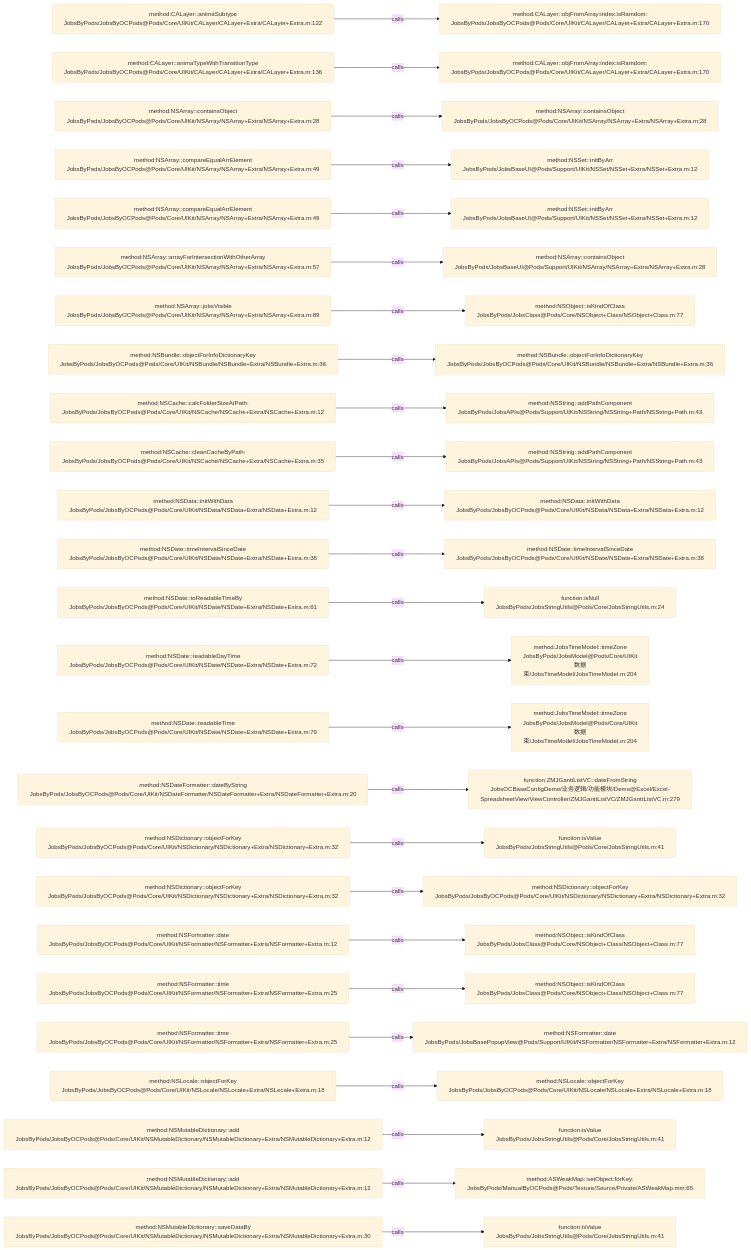
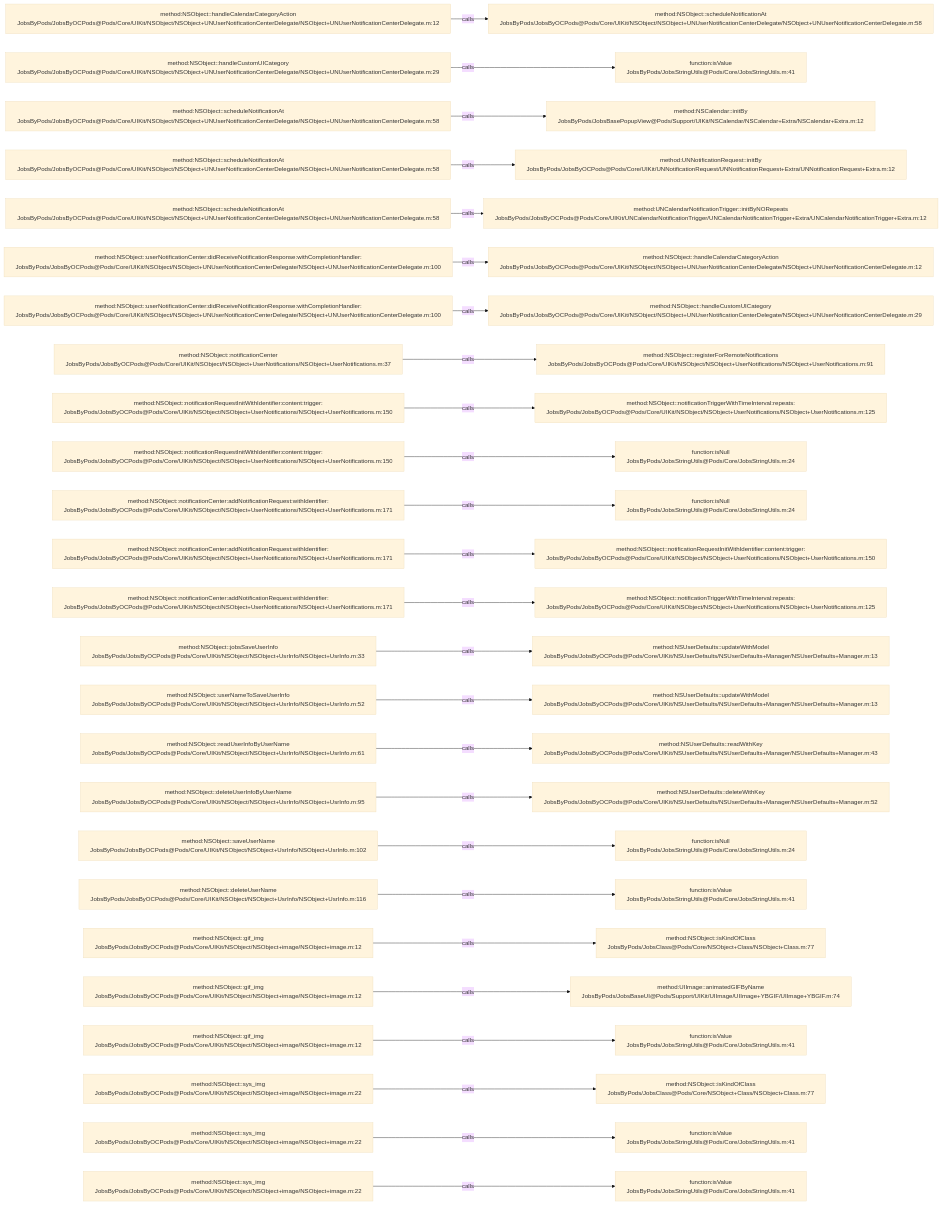
The diagram in .codegraph/codegraph.md/graphs/calls-052.md (JobsKits/JobsOCBaseConfigDemo), drawn with Mermaid (base theme) before and after one commit. The commit also changed 639 other files, not shown here.

````diff
--- a/.codegraph/codegraph.md/graphs/calls-052.md
+++ b/.codegraph/codegraph.md/graphs/calls-052.md
@@ -13,78 +13,78 @@
 ```mermaid
 flowchart LR
-  S1["method:CALayer::animaSubtype<br/>JobsByPods/JobsByOCPods@Pods/Core/UIKit/CALayer/CALayer+Extra/CALayer+Extra.m:122"]
-  T1["method:CALayer::objFromArray:index:isRamdom:<br/>JobsByPods/JobsByOCPods@Pods/Core/UIKit/CALayer/CALayer+Extra/CALayer+Extra.m:170"]
+  S1["method:NSObject::handleCalendarCategoryAction<br/>JobsByPods/JobsByOCPods@Pods/Core/UIKit/NSObject/NSObject+UNUserNotificationCenterDelegate/NSObject+UNUserNotificationCenterDelegate.m:12"]
+  T1["method:NSObject::scheduleNotificationAt<br/>JobsByPods/JobsByOCPods@Pods/Core/UIKit/NSObject/NSObject+UNUserNotificationCenterDelegate/NSObject+UNUserNotificationCenterDelegate.m:58"]
   S1 -->|calls| T1
-  S2["method:CALayer::animaTypeWithTransitionType<br/>JobsByPods/JobsByOCPods@Pods/Core/UIKit/CALayer/CALayer+Extra/CALayer+Extra.m:136"]
-  T2["method:CALayer::objFromArray:index:isRamdom:<br/>JobsByPods/JobsByOCPods@Pods/Core/UIKit/CALayer/CALayer+Extra/CALayer+Extra.m:170"]
+  S2["method:NSObject::handleCustomUICategory<br/>JobsByPods/JobsByOCPods@Pods/Core/UIKit/NSObject/NSObject+UNUserNotificationCenterDelegate/NSObject+UNUserNotificationCenterDelegate.m:29"]
+  T2["function:isValue<br/>JobsByPods/JobsStringUtils@Pods/Core/JobsStringUtils.m:41"]
   S2 -->|calls| T2
-  S3["method:NSArray::containsObject<br/>JobsByPods/JobsByOCPods@Pods/Core/UIKit/NSArray/NSArray+Extra/NSArray+Extra.m:28"]
-  T3["method:NSArray::containsObject<br/>JobsByPods/JobsByOCPods@Pods/Core/UIKit/NSArray/NSArray+Extra/NSArray+Extra.m:28"]
+  S3["method:NSObject::scheduleNotificationAt<br/>JobsByPods/JobsByOCPods@Pods/Core/UIKit/NSObject/NSObject+UNUserNotificationCenterDelegate/NSObject+UNUserNotificationCenterDelegate.m:58"]
+  T3["method:NSCalendar::initBy<br/>JobsByPods/JobsBasePopupView@Pods/Support/UIKit/NSCalendar/NSCalendar+Extra/NSCalendar+Extra.m:12"]
   S3 -->|calls| T3
-  S4["method:NSArray::compareEqualArrElement<br/>JobsByPods/JobsByOCPods@Pods/Core/UIKit/NSArray/NSArray+Extra/NSArray+Extra.m:49"]
-  T4["method:NSSet::initByArr<br/>JobsByPods/JobsBaseUI@Pods/Support/UIKit/NSSet/NSSet+Extra/NSSet+Extra.m:12"]
+  S4["method:NSObject::scheduleNotificationAt<br/>JobsByPods/JobsByOCPods@Pods/Core/UIKit/NSObject/NSObject+UNUserNotificationCenterDelegate/NSObject+UNUserNotificationCenterDelegate.m:58"]
+  T4["method:UNNotificationRequest::initBy<br/>JobsByPods/JobsByOCPods@Pods/Core/UIKit/UNNotificationRequest/UNNotificationRequest+Extra/UNNotificationRequest+Extra.m:12"]
   S4 -->|calls| T4
-  S5["method:NSArray::compareEqualArrElement<br/>JobsByPods/JobsByOCPods@Pods/Core/UIKit/NSArray/NSArray+Extra/NSArray+Extra.m:49"]
-  T5["method:NSSet::initByArr<br/>JobsByPods/JobsBaseUI@Pods/Support/UIKit/NSSet/NSSet+Extra/NSSet+Extra.m:12"]
+  S5["method:NSObject::scheduleNotificationAt<br/>JobsByPods/JobsByOCPods@Pods/Core/UIKit/NSObject/NSObject+UNUserNotificationCenterDelegate/NSObject+UNUserNotificationCenterDelegate.m:58"]
+  T5["method:UNCalendarNotificationTrigger::initByNORepeats<br/>JobsByPods/JobsByOCPods@Pods/Core/UIKit/UNCalendarNotificationTrigger/UNCalendarNotificationTrigger+Extra/UNCalendarNotificationTrigger+Extra.m:12"]
   S5 -->|calls| T5
-  S6["method:NSArray::arrayForIntersectionWithOtherArray<br/>JobsByPods/JobsByOCPods@Pods/Core/UIKit/NSArray/NSArray+Extra/NSArray+Extra.m:57"]
-  T6["method:NSArray::containsObject<br/>JobsByPods/JobsBaseUI@Pods/Support/UIKit/NSArray/NSArray+Extra/NSArray+Extra.m:28"]
+  S6["method:NSObject::userNotificationCenter:didReceiveNotificationResponse:withCompletionHandler:<br/>JobsByPods/JobsByOCPods@Pods/Core/UIKit/NSObject/NSObject+UNUserNotificationCenterDelegate/NSObject+UNUserNotificationCenterDelegate.m:100"]
+  T6["method:NSObject::handleCalendarCategoryAction<br/>JobsByPods/JobsByOCPods@Pods/Core/UIKit/NSObject/NSObject+UNUserNotificationCenterDelegate/NSObject+UNUserNotificationCenterDelegate.m:12"]
   S6 -->|calls| T6
-  S7["method:NSArray::jobsVisible<br/>JobsByPods/JobsByOCPods@Pods/Core/UIKit/NSArray/NSArray+Extra/NSArray+Extra.m:89"]
-  T7["method:NSObject::isKindOfClass<br/>JobsByPods/JobsClass@Pods/Core/NSObject+Class/NSObject+Class.m:77"]
+  S7["method:NSObject::userNotificationCenter:didReceiveNotificationResponse:withCompletionHandler:<br/>JobsByPods/JobsByOCPods@Pods/Core/UIKit/NSObject/NSObject+UNUserNotificationCenterDelegate/NSObject+UNUserNotificationCenterDelegate.m:100"]
+  T7["method:NSObject::handleCustomUICategory<br/>JobsByPods/JobsByOCPods@Pods/Core/UIKit/NSObject/NSObject+UNUserNotificationCenterDelegate/NSObject+UNUserNotificationCenterDelegate.m:29"]
   S7 -->|calls| T7
-  S8["method:NSBundle::objectForInfoDictionaryKey<br/>JobsByPods/JobsByOCPods@Pods/Core/UIKit/NSBundle/NSBundle+Extra/NSBundle+Extra.m:36"]
-  T8["method:NSBundle::objectForInfoDictionaryKey<br/>JobsByPods/JobsByOCPods@Pods/Core/UIKit/NSBundle/NSBundle+Extra/NSBundle+Extra.m:36"]
+  S8["method:NSObject::notificationCenter<br/>JobsByPods/JobsByOCPods@Pods/Core/UIKit/NSObject/NSObject+UserNotifications/NSObject+UserNotifications.m:37"]
+  T8["method:NSObject::registerForRemoteNotifications<br/>JobsByPods/JobsByOCPods@Pods/Core/UIKit/NSObject/NSObject+UserNotifications/NSObject+UserNotifications.m:91"]
   S8 -->|calls| T8
-  S9["method:NSCache::calcFolderSizeAtPath:<br/>JobsByPods/JobsByOCPods@Pods/Core/UIKit/NSCache/NSCache+Extra/NSCache+Extra.m:12"]
-  T9["method:NSString::addPathComponent<br/>JobsByPods/JobsAPIs@Pods/Support/UIKit/NSString/NSString+Path/NSString+Path.m:43"]
+  S9["method:NSObject::notificationRequestInitWithIdentifier:content:trigger:<br/>JobsByPods/JobsByOCPods@Pods/Core/UIKit/NSObject/NSObject+UserNotifications/NSObject+UserNotifications.m:150"]
+  T9["method:NSObject::notificationTriggerWithTimeInterval:repeats:<br/>JobsByPods/JobsByOCPods@Pods/Core/UIKit/NSObject/NSObject+UserNotifications/NSObject+UserNotifications.m:125"]
   S9 -->|calls| T9
-  S10["method:NSCache::cleanCacheByPath:<br/>JobsByPods/JobsByOCPods@Pods/Core/UIKit/NSCache/NSCache+Extra/NSCache+Extra.m:35"]
-  T10["method:NSString::addPathComponent<br/>JobsByPods/JobsAPIs@Pods/Support/UIKit/NSString/NSString+Path/NSString+Path.m:43"]
+  S10["method:NSObject::notificationRequestInitWithIdentifier:content:trigger:<br/>JobsByPods/JobsByOCPods@Pods/Core/UIKit/NSObject/NSObject+UserNotifications/NSObject+UserNotifications.m:150"]
+  T10["function:isNull<br/>JobsByPods/JobsStringUtils@Pods/Core/JobsStringUtils.m:24"]
   S10 -->|calls| T10
-  S11["method:NSData::initWithData<br/>JobsByPods/JobsByOCPods@Pods/Core/UIKit/NSData/NSData+Extra/NSData+Extra.m:12"]
-  T11["method:NSData::initWithData<br/>JobsByPods/JobsByOCPods@Pods/Core/UIKit/NSData/NSData+Extra/NSData+Extra.m:12"]
+  S11["method:NSObject::notificationCenter:addNotificationRequest:withIdentifier:<br/>JobsByPods/JobsByOCPods@Pods/Core/UIKit/NSObject/NSObject+UserNotifications/NSObject+UserNotifications.m:171"]
+  T11["function:isNull<br/>JobsByPods/JobsStringUtils@Pods/Core/JobsStringUtils.m:24"]
   S11 -->|calls| T11
-  S12["method:NSDate::timeIntervalSinceDate<br/>JobsByPods/JobsByOCPods@Pods/Core/UIKit/NSDate/NSDate+Extra/NSDate+Extra.m:38"]
-  T12["method:NSDate::timeIntervalSinceDate<br/>JobsByPods/JobsByOCPods@Pods/Core/UIKit/NSDate/NSDate+Extra/NSDate+Extra.m:38"]
+  S12["method:NSObject::notificationCenter:addNotificationRequest:withIdentifier:<br/>JobsByPods/JobsByOCPods@Pods/Core/UIKit/NSObject/NSObject+UserNotifications/NSObject+UserNotifications.m:171"]
+  T12["method:NSObject::notificationRequestInitWithIdentifier:content:trigger:<br/>JobsByPods/JobsByOCPods@Pods/Core/UIKit/NSObject/NSObject+UserNotifications/NSObject+UserNotifications.m:150"]
   S12 -->|calls| T12
-  S13["method:NSDate::toReadableTimeBy<br/>JobsByPods/JobsByOCPods@Pods/Core/UIKit/NSDate/NSDate+Extra/NSDate+Extra.m:61"]
-  T13["function:isNull<br/>JobsByPods/JobsStringUtils@Pods/Core/JobsStringUtils.m:24"]
+  S13["method:NSObject::notificationCenter:addNotificationRequest:withIdentifier:<br/>JobsByPods/JobsByOCPods@Pods/Core/UIKit/NSObject/NSObject+UserNotifications/NSObject+UserNotifications.m:171"]
+  T13["method:NSObject::notificationTriggerWithTimeInterval:repeats:<br/>JobsByPods/JobsByOCPods@Pods/Core/UIKit/NSObject/NSObject+UserNotifications/NSObject+UserNotifications.m:125"]
   S13 -->|calls| T13
-  S14["method:NSDate::readableDayTime<br/>JobsByPods/JobsByOCPods@Pods/Core/UIKit/NSDate/NSDate+Extra/NSDate+Extra.m:72"]
-  T14["method:JobsTimeModel::timeZone<br/>JobsByPods/JobsModel@Pods/Core/UIKit数据束/JobsTimeModel/JobsTimeModel.m:204"]
+  S14["method:NSObject::jobsSaveUserInfo<br/>JobsByPods/JobsByOCPods@Pods/Core/UIKit/NSObject/NSObject+UsrInfo/NSObject+UsrInfo.m:33"]
+  T14["method:NSUserDefaults::updateWithModel<br/>JobsByPods/JobsByOCPods@Pods/Core/UIKit/NSUserDefaults/NSUserDefaults+Manager/NSUserDefaults+Manager.m:13"]
   S14 -->|calls| T14
-  S15["method:NSDate::readableTime<br/>JobsByPods/JobsByOCPods@Pods/Core/UIKit/NSDate/NSDate+Extra/NSDate+Extra.m:79"]
-  T15["method:JobsTimeModel::timeZone<br/>JobsByPods/JobsModel@Pods/Core/UIKit数据束/JobsTimeModel/JobsTimeModel.m:204"]
+  S15["method:NSObject::userNameToSaveUserInfo<br/>JobsByPods/JobsByOCPods@Pods/Core/UIKit/NSObject/NSObject+UsrInfo/NSObject+UsrInfo.m:52"]
+  T15["method:NSUserDefaults::updateWithModel<br/>JobsByPods/JobsByOCPods@Pods/Core/UIKit/NSUserDefaults/NSUserDefaults+Manager/NSUserDefaults+Manager.m:13"]
   S15 -->|calls| T15
-  S16["method:NSDateFormatter::dateByString<br/>JobsByPods/JobsByOCPods@Pods/Core/UIKit/NSDateFormatter/NSDateFormatter+Extra/NSDateFormatter+Extra.m:20"]
-  T16["function:ZMJGanttListVC::dateFromString<br/>JobsOCBaseConfigDemo/业务逻辑/功能模块/Demo@Excel/Excel-SpreadsheetView/ViewController/ZMJGanttListVC/ZMJGanttListVC.m:279"]
+  S16["method:NSObject::readUserInfoByUserName<br/>JobsByPods/JobsByOCPods@Pods/Core/UIKit/NSObject/NSObject+UsrInfo/NSObject+UsrInfo.m:61"]
+  T16["method:NSUserDefaults::readWithKey<br/>JobsByPods/JobsByOCPods@Pods/Core/UIKit/NSUserDefaults/NSUserDefaults+Manager/NSUserDefaults+Manager.m:43"]
   S16 -->|calls| T16
-  S17["method:NSDictionary::objectForKey<br/>JobsByPods/JobsByOCPods@Pods/Core/UIKit/NSDictionary/NSDictionary+Extra/NSDictionary+Extra.m:32"]
-  T17["function:isValue<br/>JobsByPods/JobsStringUtils@Pods/Core/JobsStringUtils.m:41"]
+  S17["method:NSObject::deleteUserInfoByUserName<br/>JobsByPods/JobsByOCPods@Pods/Core/UIKit/NSObject/NSObject+UsrInfo/NSObject+UsrInfo.m:95"]
+  T17["method:NSUserDefaults::deleteWithKey<br/>JobsByPods/JobsByOCPods@Pods/Core/UIKit/NSUserDefaults/NSUserDefaults+Manager/NSUserDefaults+Manager.m:52"]
   S17 -->|calls| T17
-  S18["method:NSDictionary::objectForKey<br/>JobsByPods/JobsByOCPods@Pods/Core/UIKit/NSDictionary/NSDictionary+Extra/NSDictionary+Extra.m:32"]
-  T18["method:NSDictionary::objectForKey<br/>JobsByPods/JobsByOCPods@Pods/Core/UIKit/NSDictionary/NSDictionary+Extra/NSDictionary+Extra.m:32"]
+  S18["method:NSObject::saveUserName<br/>JobsByPods/JobsByOCPods@Pods/Core/UIKit/NSObject/NSObject+UsrInfo/NSObject+UsrInfo.m:102"]
+  T18["function:isNull<br/>JobsByPods/JobsStringUtils@Pods/Core/JobsStringUtils.m:24"]
   S18 -->|calls| T18
-  S19["method:NSFormatter::date<br/>JobsByPods/JobsByOCPods@Pods/Core/UIKit/NSFormatter/NSFormatter+Extra/NSFormatter+Extra.m:12"]
-  T19["method:NSObject::isKindOfClass<br/>JobsByPods/JobsClass@Pods/Core/NSObject+Class/NSObject+Class.m:77"]
+  S19["method:NSObject::deleteUserName<br/>JobsByPods/JobsByOCPods@Pods/Core/UIKit/NSObject/NSObject+UsrInfo/NSObject+UsrInfo.m:116"]
+  T19["function:isValue<br/>JobsByPods/JobsStringUtils@Pods/Core/JobsStringUtils.m:41"]
   S19 -->|calls| T19
-  S20["method:NSFormatter::time<br/>JobsByPods/JobsByOCPods@Pods/Core/UIKit/NSFormatter/NSFormatter+Extra/NSFormatter+Extra.m:25"]
+  S20["method:NSObject::gif_img<br/>JobsByPods/JobsByOCPods@Pods/Core/UIKit/NSObject/NSObject+image/NSObject+image.m:12"]
   T20["method:NSObject::isKindOfClass<br/>JobsByPods/JobsClass@Pods/Core/NSObject+Class/NSObject+Class.m:77"]
   S20 -->|calls| T20
-  S21["method:NSFormatter::time<br/>JobsByPods/JobsByOCPods@Pods/Core/UIKit/NSFormatter/NSFormatter+Extra/NSFormatter+Extra.m:25"]
-  T21["method:NSFormatter::date<br/>JobsByPods/JobsBasePopupView@Pods/Support/UIKit/NSFormatter/NSFormatter+Extra/NSFormatter+Extra.m:12"]
+  S21["method:NSObject::gif_img<br/>JobsByPods/JobsByOCPods@Pods/Core/UIKit/NSObject/NSObject+image/NSObject+image.m:12"]
+  T21["method:UIImage::animatedGIFByName<br/>JobsByPods/JobsBaseUI@Pods/Support/UIKit/UIImage/UIImage+YBGIF/UIImage+YBGIF.m:74"]
   S21 -->|calls| T21
-  S22["method:NSLocale::objectForKey<br/>JobsByPods/JobsByOCPods@Pods/Core/UIKit/NSLocale/NSLocale+Extra/NSLocale+Extra.m:18"]
-  T22["method:NSLocale::objectForKey<br/>JobsByPods/JobsByOCPods@Pods/Core/UIKit/NSLocale/NSLocale+Extra/NSLocale+Extra.m:18"]
+  S22["method:NSObject::gif_img<br/>JobsByPods/JobsByOCPods@Pods/Core/UIKit/NSObject/NSObject+image/NSObject+image.m:12"]
+  T22["function:isValue<br/>JobsByPods/JobsStringUtils@Pods/Core/JobsStringUtils.m:41"]
   S22 -->|calls| T22
-  S23["method:NSMutableDictionary::add<br/>JobsByPods/JobsByOCPods@Pods/Core/UIKit/NSMutableDictionary/NSMutableDictionary+Extra/NSMutableDictionary+Extra.m:12"]
-  T23["function:isValue<br/>JobsByPods/JobsStringUtils@Pods/Core/JobsStringUtils.m:41"]
+  S23["method:NSObject::sys_img<br/>JobsByPods/JobsByOCPods@Pods/Core/UIKit/NSObject/NSObject+image/NSObject+image.m:22"]
+  T23["method:NSObject::isKindOfClass<br/>JobsByPods/JobsClass@Pods/Core/NSObject+Class/NSObject+Class.m:77"]
   S23 -->|calls| T23
-  S24["method:NSMutableDictionary::add<br/>JobsByPods/JobsByOCPods@Pods/Core/UIKit/NSMutableDictionary/NSMutableDictionary+Extra/NSMutableDictionary+Extra.m:12"]
-  T24["method:ASWeakMap::setObject:forKey:<br/>JobsByPods/ManualByOCPods@Pods/Texture/Source/Private/ASWeakMap.mm:65"]
+  S24["method:NSObject::sys_img<br/>JobsByPods/JobsByOCPods@Pods/Core/UIKit/NSObject/NSObject+image/NSObject+image.m:22"]
+  T24["function:isValue<br/>JobsByPods/JobsStringUtils@Pods/Core/JobsStringUtils.m:41"]
   S24 -->|calls| T24
-  S25["method:NSMutableDictionary::saveDataBy<br/>JobsByPods/JobsByOCPods@Pods/Core/UIKit/NSMutableDictionary/NSMutableDictionary+Extra/NSMutableDictionary+Extra.m:30"]
+  S25["method:NSObject::sys_img<br/>JobsByPods/JobsByOCPods@Pods/Core/UIKit/NSObject/NSObject+image/NSObject+image.m:22"]
   T25["function:isValue<br/>JobsByPods/JobsStringUtils@Pods/Core/JobsStringUtils.m:41"]
   S25 -->|calls| T25
 ```
````
